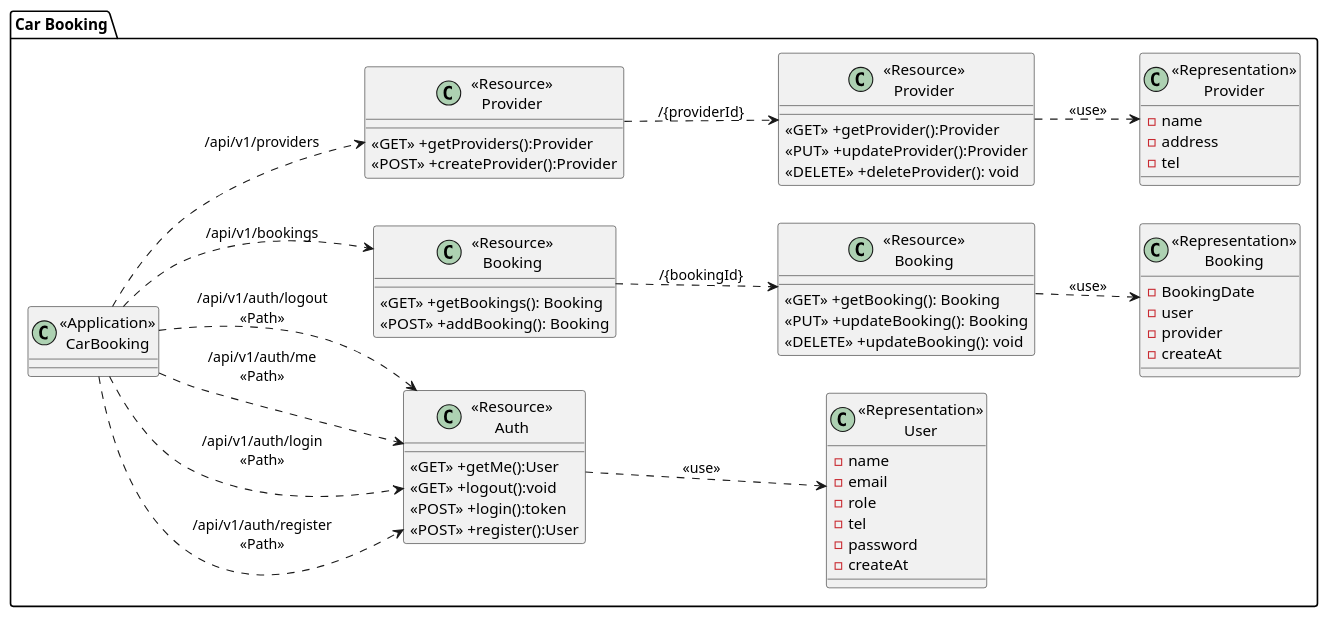
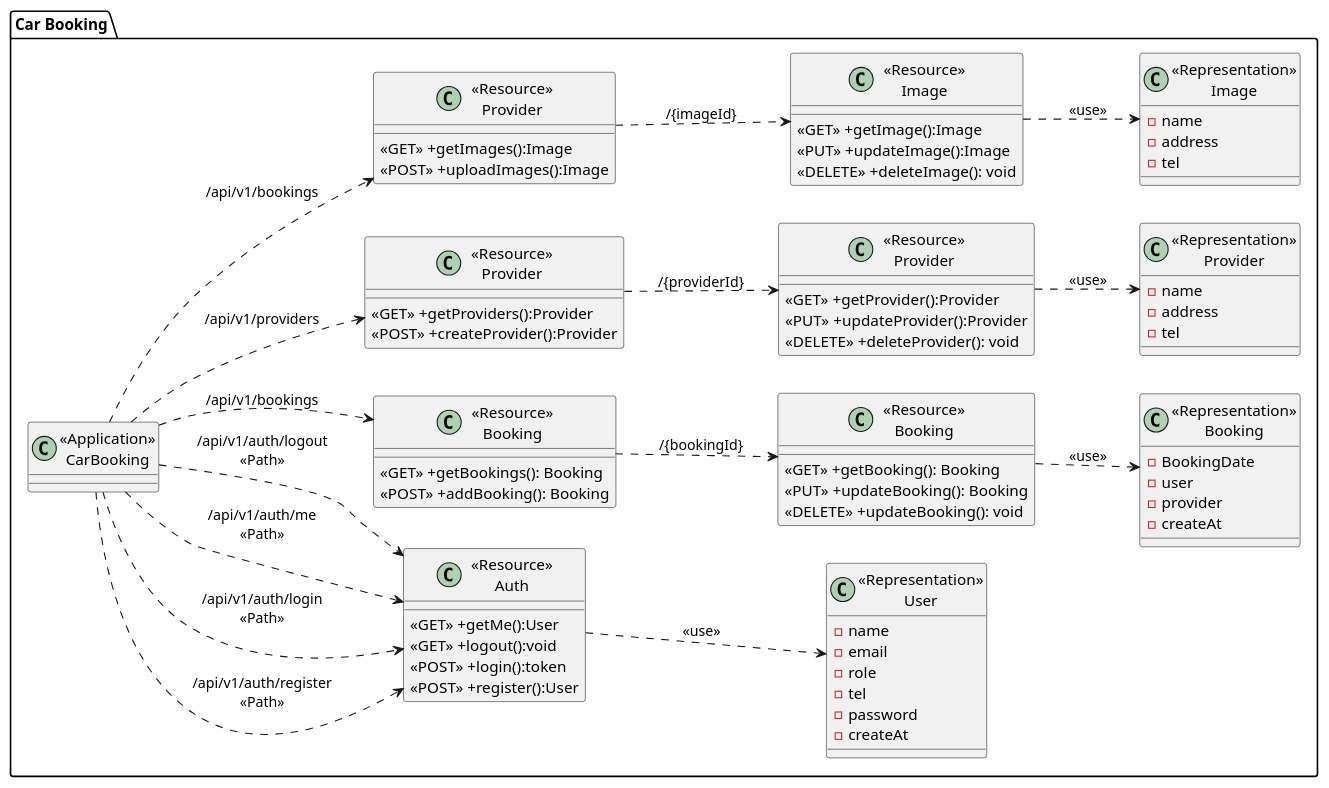
The diagram in UML/sequenceDiagram/ClassDiagram/Car Booking System Class Diagram.puml (2110503TACEDT66/presentation-day-1-gambit-man), drawn with PlantUML before and after one commit.

Commit message:
edit class uml

```diff
--- a/UML/sequenceDiagram/ClassDiagram/Car Booking System Class Diagram.puml
+++ b/UML/sequenceDiagram/ClassDiagram/Car Booking System Class Diagram.puml
@@ -1,77 +1,99 @@
 @startuml Car Booking System Use Case Diagram
 left to right direction
 package "Car Booking"{
     class "<<Application>>\nCarBooking" as CarBooking{}
 
     class "<<Resource>>\nAuth" as ResourceAuth{
         <<GET>> +getMe():User
         <<GET>> +logout():void
         <<POST>> +login():token
         <<POST>> +register():User
     }
 
     class "<<Resource>>\nBooking" as ResourceBooking2 {
         <<GET>> +getBooking(): Booking
         <<PUT>> +updateBooking(): Booking
         <<DELETE>> +updateBooking(): void
     }
 
     class "<<Resource>>\nBooking" as ResourceBooking {
         <<GET>> +getBookings(): Booking
         <<POST>> +addBooking(): Booking
     }
 
     class "<<Resource>>\nProvider" as ResourceProvider{
         <<GET>> +getProviders():Provider
         <<POST>> +createProvider():Provider
     }
 
     class "<<Resource>>\nProvider" as ResourceProvider2{
         <<GET>> +getProvider():Provider
         <<PUT>> +updateProvider():Provider
         <<DELETE>> +deleteProvider(): void
     }
 
+    class "<<Resource>>\nProvider" as ResourceImage{
+        <<GET>> +getImages():Image
+        <<POST>> +uploadImages():Image
+    }
+
+    class "<<Resource>>\nImage" as ResourceImage2{
+        <<GET>> +getImage():Image
+        <<PUT>> +updateImage():Image
+        <<DELETE>> +deleteImage(): void
+    }
+
     class "<<Representation>>\nBooking" as RepresentationBooking {
         -BookingDate
         -user
         -provider
         -createAt
     }
 
     class "<<Representation>>\nUser" as RepresentationUser {
         -name
         -email
         -role
         -tel
         -password
         -createAt
     }
 
     class "<<Representation>>\nProvider" as RepresentationProvider {
         -name
         -address
         -tel
     }
 
+    class "<<Representation>>\nImage" as RepresentationImage {
+        -name
+        -address
+        -tel
+    }
+
 
 }
 
 CarBooking ..> ResourceAuth:"/api/v1/auth/register\n<<Path>>"
 CarBooking ..> ResourceAuth:"/api/v1/auth/login\n<<Path>>"
 CarBooking ..> ResourceAuth:"/api/v1/auth/me\n<<Path>>"
 CarBooking ..> ResourceAuth:"/api/v1/auth/logout\n<<Path>>"
+
 
 CarBooking ..> ResourceBooking:"/api/v1/bookings"
 
 CarBooking ..> ResourceProvider:"/api/v1/providers"
 
 ResourceBooking ..>ResourceBooking2: "/{bookingId}"
 ResourceAuth ..>RepresentationUser: "<<use>>"
 ResourceBooking2 ..>RepresentationBooking: "<<use>>"
 ResourceProvider ..> ResourceProvider2: "/{providerId}"
 ResourceProvider2 ..>RepresentationProvider:"<<use>>"
+
+CarBooking ..> ResourceImage:"/api/v1/bookings"
+ResourceImage ..> ResourceImage2:"/{imageId}"
+ResourceImage2 ..> RepresentationImage:"<<use>>"
 ' ResourceAuth ..> ResourceHospital: "/{hospitalId}\n<<Path>>"
 ' ResourceHospital ..> RepresentationHospital: "<<use>>"
 
 @enduml
```
